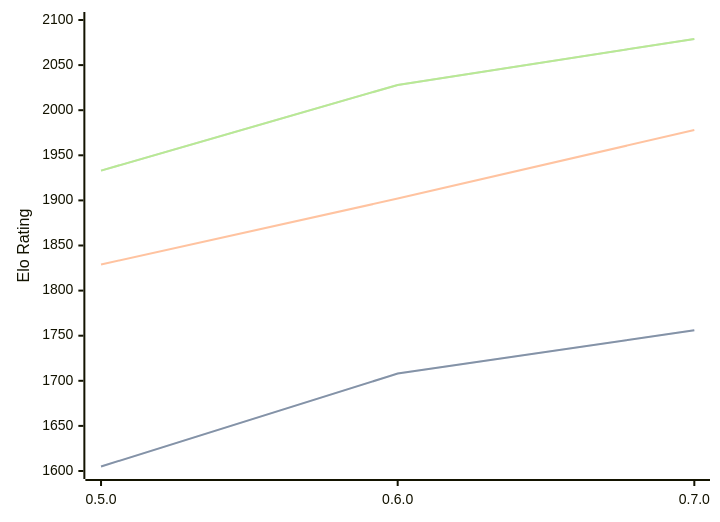
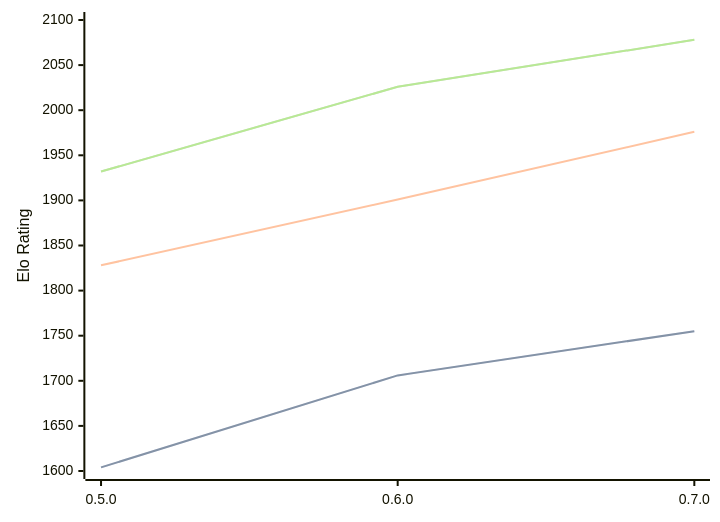
One commit to computer-chess-index/cci changed the diagram in engines/Chess-rs.md. Above: the diagram before and after it, drawn with Mermaid. The commit also changed other lines of this file, not shown here.

Commit message:
Update CCI Ratings (ELO VLTC) - 2026-02-28

````diff
--- a/engines/Chess-rs.md
+++ b/engines/Chess-rs.md
@@ -39,11 +39,11 @@
 ```mermaid
 %%{init: {"theme":"base","themeVariables":{"seriesColors:['#a3a3a3','#222221','#faa371']}}}%%
 xychart-beta
   x-axis ["0.5.0", "0.6.0", "0.7.0"]
   y-axis "Elo Rating" 1600 --> 2100
-  line "STC (8.0+0.08s)" [1605, 1708, 1756]
-  line "STC (8.0+0.08s)" [1605, 1708, 1756]
-  line "LTC (60.0+0.60s)" [1829, 1902, 1978]
-  line "VLTC (2m24s+1.12s)" [1933, 2028, 2079]
-  line "VLTC (2m24s+1.12s)" [1933, 2028, 2079]
+  line "STC (8.0+0.08s)" [1604, 1706, 1755]
+  line "STC (8.0+0.08s)" [1604, 1706, 1755]
+  line "LTC (60.0+0.60s)" [1828, 1901, 1976]
+  line "VLTC (2m24s+1.12s)" [1932, 2026, 2078]
+  line "VLTC (2m24s+1.12s)" [1932, 2026, 2078]
 ```
````
